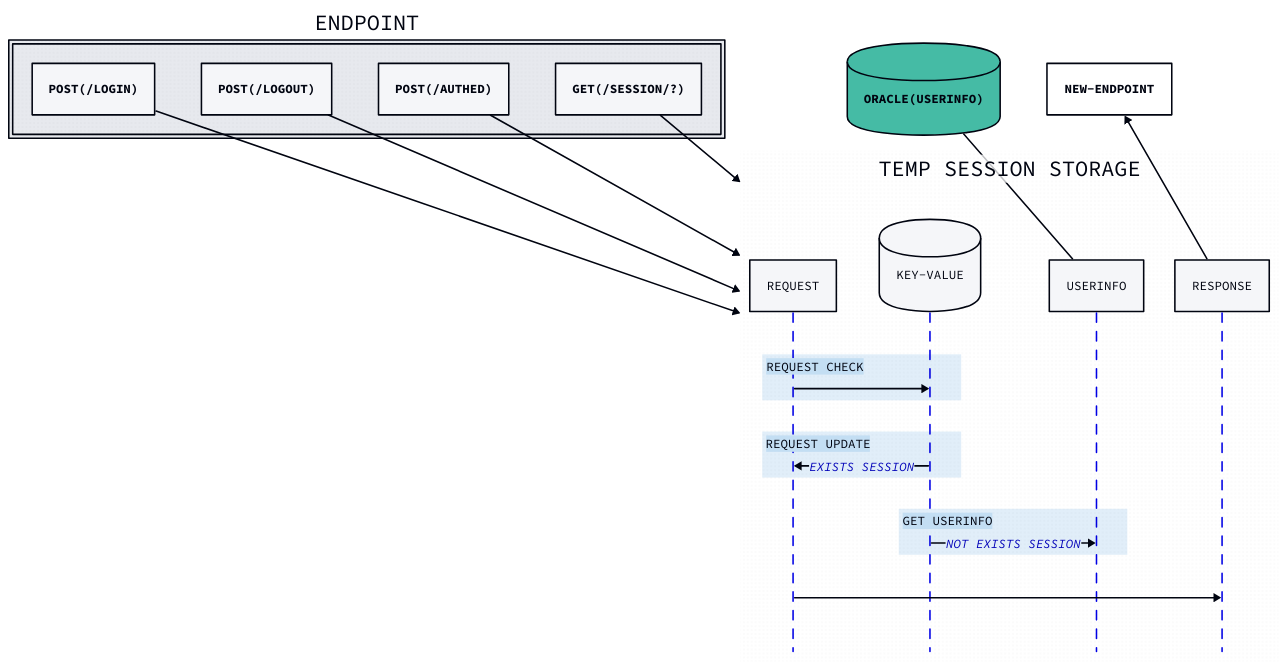
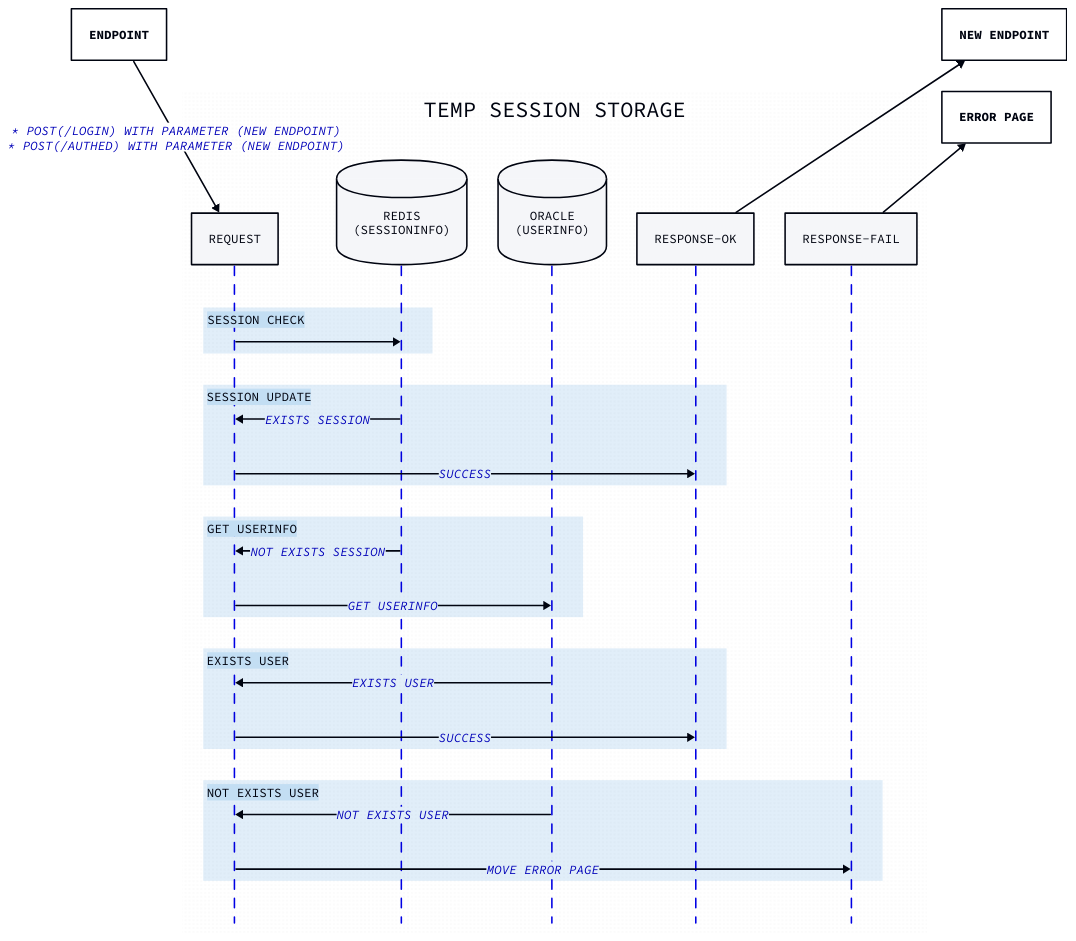
The diagram in test.d2 (junxxzz/junxxzz.github.io), drawn with D2 before and after one commit. The commit also changed 3 other files, not shown here.

```diff
--- a/test.d2
+++ b/test.d2
@@ -1,69 +1,67 @@
 vars: {
   d2-config: {
-    # layout-engine: elk
-    # Terminal theme code
     theme-id: 300
   }
 }
 
+endpoint: {
+  near: top-left
+}
 
-# document {
-  # direction: down
+new endpoint: {
+  near: top-right
+}
+error page: {
+  near: bottom-right
+}
 
-  EndPoint {
-    direction: down
-    near: center-left
-    post(/login)
-    post(/logout)
-    post(/authed)
-    get(/session/?)
+api: temp session storage
+api: {
+  # direction: right
+  near: bottom-center
+  shape: sequence_diagram
 
+  request
+  session
+  rdb
+  response-ok
+  response-fail
+
+  session: redis\n(sessioninfo)
+  session: {
+    shape: cylinder
   }
 
-
-  EndPoint.post(/login) -> api
-  EndPoint.post(/logout) -> api
-  EndPoint.post(/authed) -> api
-  EndPoint.get(/session/?) -> api
-
-
-  api: temp session storage
-  api: {
-    # direction: right
-    near: bottom-center
-    shape: sequence_diagram
-
-    request; key-value; userinfo; response
-
-    request
-
-    key-value {
-      shape: cylinder
-    }
-
-    userinfo
-
-    response
-
-    request check: {
-      request -> key-value
-    }
-    request update {
-      request <- key-value: exists session
-    }
-    get userinfo {
-      key-value -> userinfo: not exists session
-    }
-    request -> response
-  }
-
-  userinfo: oracle(userinfo)
-  userinfo: {
+  rdb: oracle\n(userinfo)
+  rdb: {
     shape: cylinder
   }
-  api.userinfo -- userinfo
+}
 
-  new-EndPoint
+endpoint -> api.request: |md
+  * post(/login) with parameter (new endpoint)
+  * post(/authed) with parameter (new endpoint)
+|
 
-  api.response -> new-EndPoint
-# }
+api.session check: {
+  request -> session
+}
+api.session update: {
+  request <- session: exists session
+  request -> response-ok: success
+}
+api.get userinfo: {
+  request <- session: not exists session
+  request -> rdb: get userinfo
+}
+api.exists user: {
+    request <- rdb: exists user
+    request -> response-ok: success
+  }
+  api.not exists user: {
+  request <- rdb: not exists user
+  request -> response-fail: move error page
+}
+
+api.response-ok -> new endpoint
+api.response-fail -> error page
```
